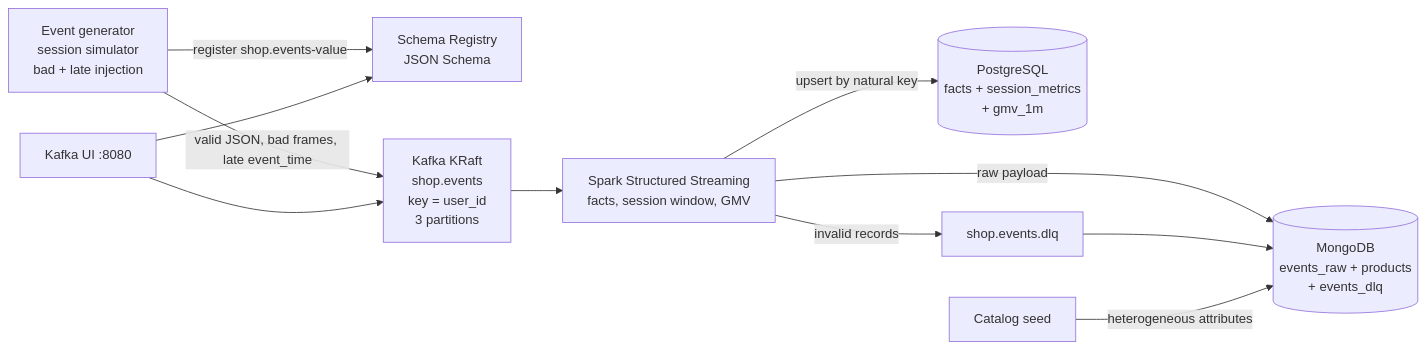
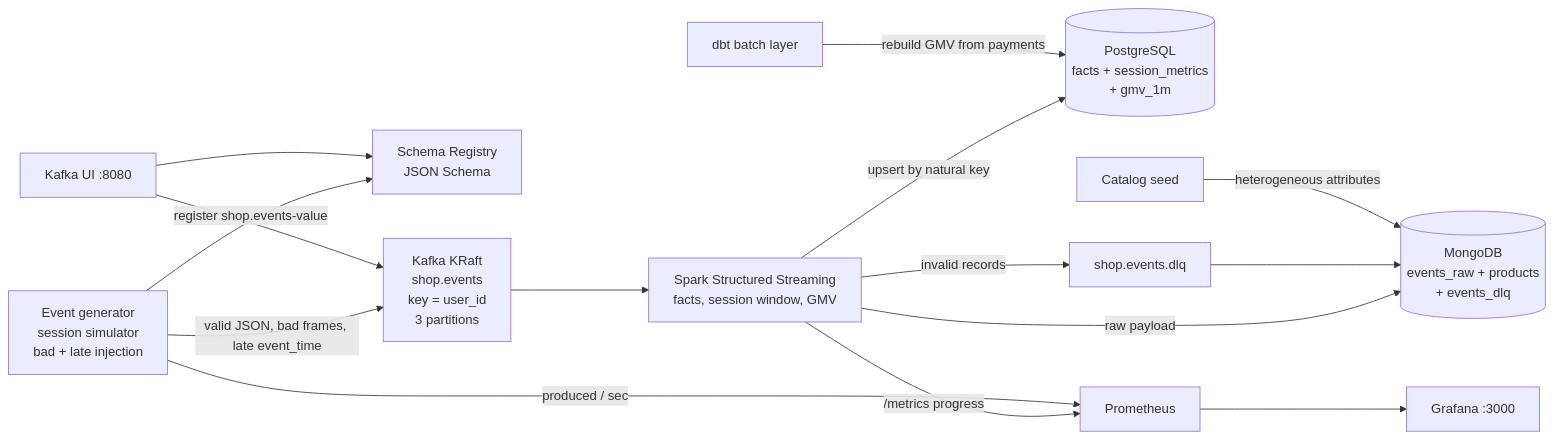
Before and after one commit to ghostrasiel/shop-stream: the diagram in README.md, drawn with Mermaid. The commit also changed other lines of this file and 38 other files, not shown here.

First line of the commit message:
Add Prometheus, Grafana, and a dbt reconciliation layer.

````diff
--- a/README.md
+++ b/README.md
@@ -9,22 +9,29 @@
 ```mermaid
 flowchart LR
   Gen["Event generator<br/>session simulator<br/>bad + late injection"]
   SR["Schema Registry<br/>JSON Schema"]
   Kafka["Kafka KRaft<br/>shop.events<br/>key = user_id<br/>3 partitions"]
   Spark["Spark Structured Streaming<br/>facts, session window, GMV"]
   PG[("PostgreSQL<br/>facts + session_metrics<br/>+ gmv_1m")]
   Mongo[("MongoDB<br/>events_raw + products<br/>+ events_dlq")]
   DLQ["shop.events.dlq"]
   UI["Kafka UI :8080"]
+  Prom["Prometheus"]
+  Graf["Grafana :3000"]
+  Dbt["dbt batch layer"]
 
   Gen -->|register shop.events-value| SR
   Gen -->|"valid JSON, bad frames, late event_time"| Kafka
   Kafka --> Spark
   Spark -->|upsert by natural key| PG
   Spark -->|raw payload| Mongo
   Spark -->|invalid records| DLQ
   DLQ --> Mongo
+  Spark -->|"/metrics progress"| Prom
+  Gen -->|produced / sec| Prom
+  Prom --> Graf
+  Dbt -->|rebuild GMV from payments| PG
   Seed["Catalog seed"] -->|heterogeneous attributes| Mongo
   UI --> Kafka
   UI --> SR
 ```
````
